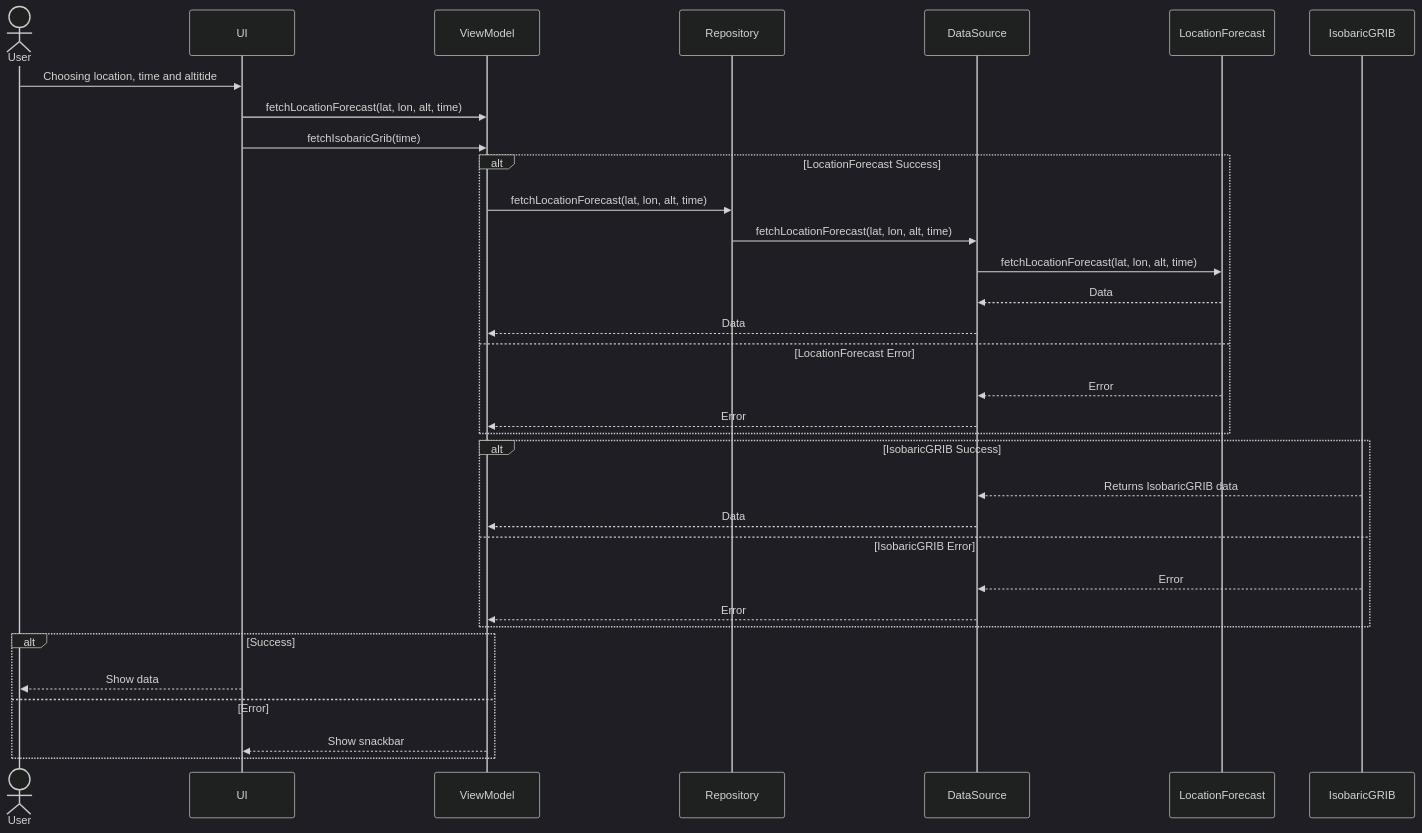
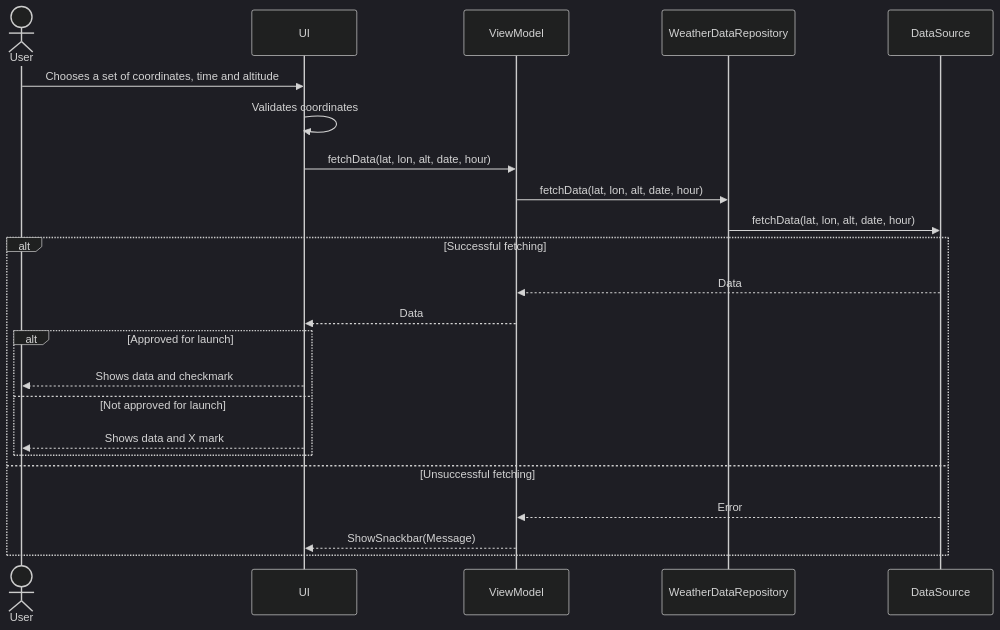
The diagram in MODELING.md (Nithusan2002/LiftOff), drawn with Mermaid (dark theme) before and after one commit. The commit also changed other lines of this file, not shown here.

````diff
--- a/MODELING.md
+++ b/MODELING.md
@@ -3,45 +3,35 @@
 ```mermaid
 sequenceDiagram
     actor User
     participant UI
     participant ViewModel
-    participant Repository
+    participant WeatherDataRepository
     participant DataSource
-    participant LocationForecast
-    participant IsobaricGRIB
-
-    User->>UI: Choosing location, time and altitide
-
-    UI->>ViewModel: fetchLocationForecast(lat, lon, alt, time)
-    UI->>ViewModel: fetchIsobaricGrib(time)
+ 
     
     
-    alt LocationForecast Success
-        ViewModel->>Repository: fetchLocationForecast(lat, lon, alt, time)
-        Repository->>DataSource: fetchLocationForecast(lat, lon, alt, time)
-        DataSource->>LocationForecast: fetchLocationForecast(lat, lon, alt, time)
+    User->>UI: Chooses a set of coordinates, time and altitude
+    UI->>UI: Validates coordinates
+   
+    UI->>ViewModel: fetchData(lat, lon, alt, date, hour)
+    ViewModel->>WeatherDataRepository: fetchData(lat, lon, alt, date, hour)
+    WeatherDataRepository->>DataSource: fetchData(lat, lon, alt, date, hour)
 
-        LocationForecast-->>DataSource: Data
-        DataSource-->>ViewModel: Data
+    alt Successful fetching
+        DataSource -->> ViewModel: Data
+        ViewModel -->> UI: Data
         
-    else LocationForecast Error
-        LocationForecast-->>DataSource: Error
-        DataSource-->>ViewModel: Error
+        alt Approved for launch
+            UI -->> User: Shows data and checkmark
+
+        else Not approved for launch
+            UI -->> User: Shows data and X mark
+
+        end
+
+    else Unsuccessful fetching
+        DataSource -->> ViewModel: Error
+        ViewModel -->>UI: ShowSnackbar(Message)
     end
 
-    alt IsobaricGRIB Success
-        IsobaricGRIB-->>DataSource: Returns IsobaricGRIB data
-        DataSource-->>ViewModel: Data
-    else IsobaricGRIB Error
-        IsobaricGRIB-->>DataSource: Error
-        DataSource-->>ViewModel: Error
-    end
-
-    alt Success
-        UI-->>User: Show data 
-
-    else Error
-        ViewModel-->>UI: Show snackbar
-
-    end
 ```
````
